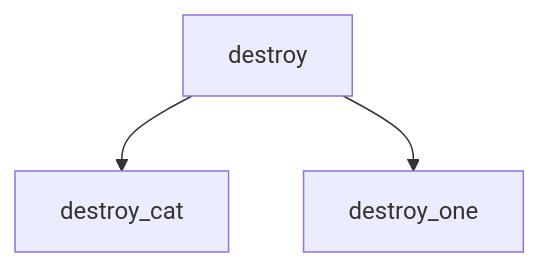
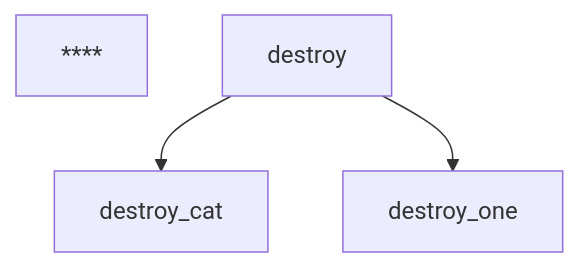
One commit to LiuYuan-SHU/tiny_stl changed the third of 10 diagrams in README.md. Above: the diagram before and after it, drawn with Mermaid. The commit also changed other lines of this file and 1 other file, not shown here.

````diff
--- a/README.md
+++ b/README.md
@@ -117,5 +119,5 @@
 ```mermaid
 flowchart TD
-
+****
 destroy --> destroy_cat & destroy_one
 ```
````
